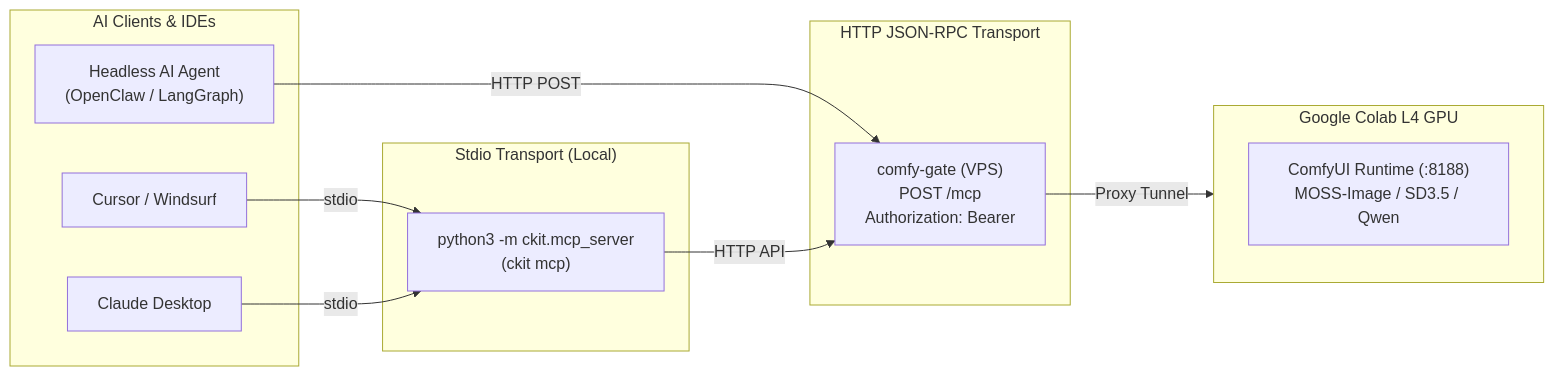
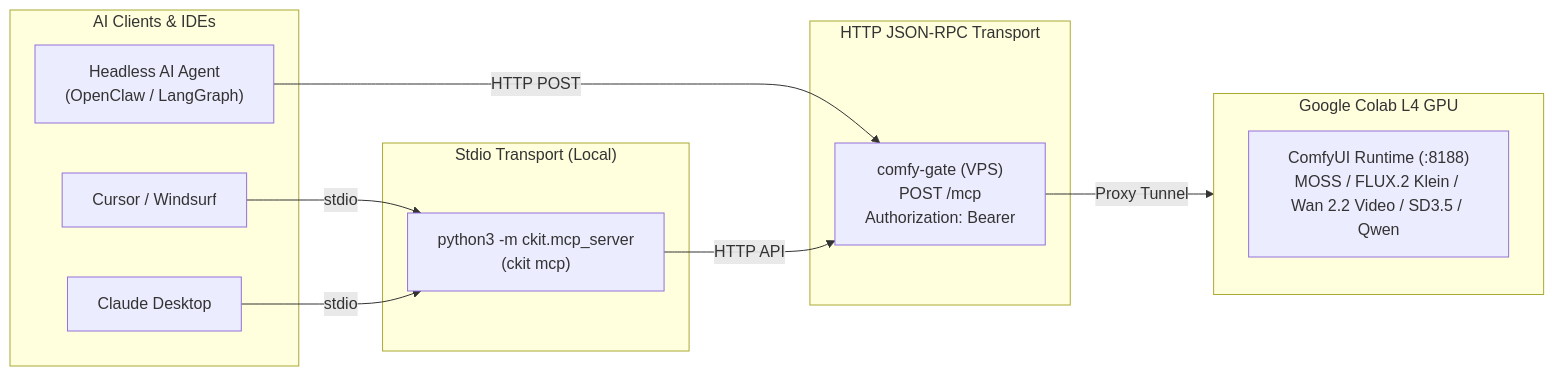
One commit to FireTable/comfy-colab-kit changed the diagram in docs/MCP.md. Above: the diagram before and after it, drawn with Mermaid. The commit also changed other lines of this file and 42 other files, not shown here.

Commit message:
feat(profiles,cli,site): add flux-klein and wan-ltx-video profiles, App Mode support, and bump v0.3.0

````diff
--- a/docs/MCP.md
+++ b/docs/MCP.md
@@ -11,27 +11,27 @@
 ```mermaid
 flowchart LR
     subgraph Clients ["AI Clients & IDEs"]
         Cursor["Cursor / Windsurf"]
         Claude["Claude Desktop"]
         Agent["Headless AI Agent\n(OpenClaw / LangGraph)"]
     end
 
     subgraph Stdio ["Stdio Transport (Local)"]
         CLI["python3 -m ckit.mcp_server\n(ckit mcp)"]
     end
 
     subgraph Remote ["HTTP JSON-RPC Transport"]
         HTTPGateway["comfy-gate (VPS)\nPOST /mcp\nAuthorization: Bearer <token>"]
     end
 
     subgraph GPU ["Google Colab L4 GPU"]
-        Comfy["ComfyUI Runtime (:8188)\nMOSS-Image / SD3.5 / Qwen"]
+        Comfy["ComfyUI Runtime (:8188)\nMOSS / FLUX.2 Klein / Wan 2.2 Video / SD3.5 / Qwen"]
     end
 
     Cursor -->|stdio| CLI
     Claude -->|stdio| CLI
     Agent -->|HTTP POST| HTTPGateway
 
     CLI -->|HTTP API| HTTPGateway
     HTTPGateway -->|Proxy Tunnel| GPU
 ```
````
